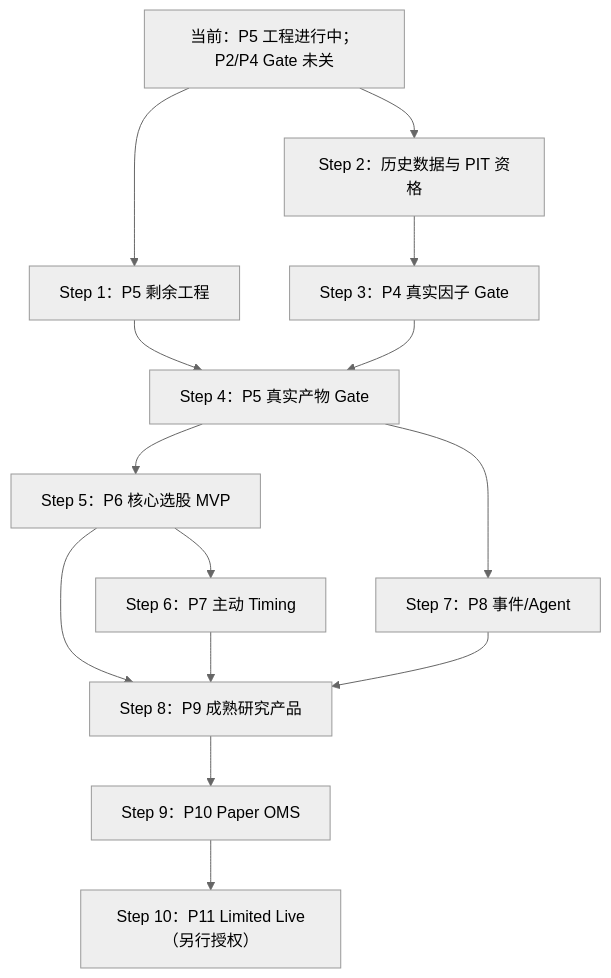
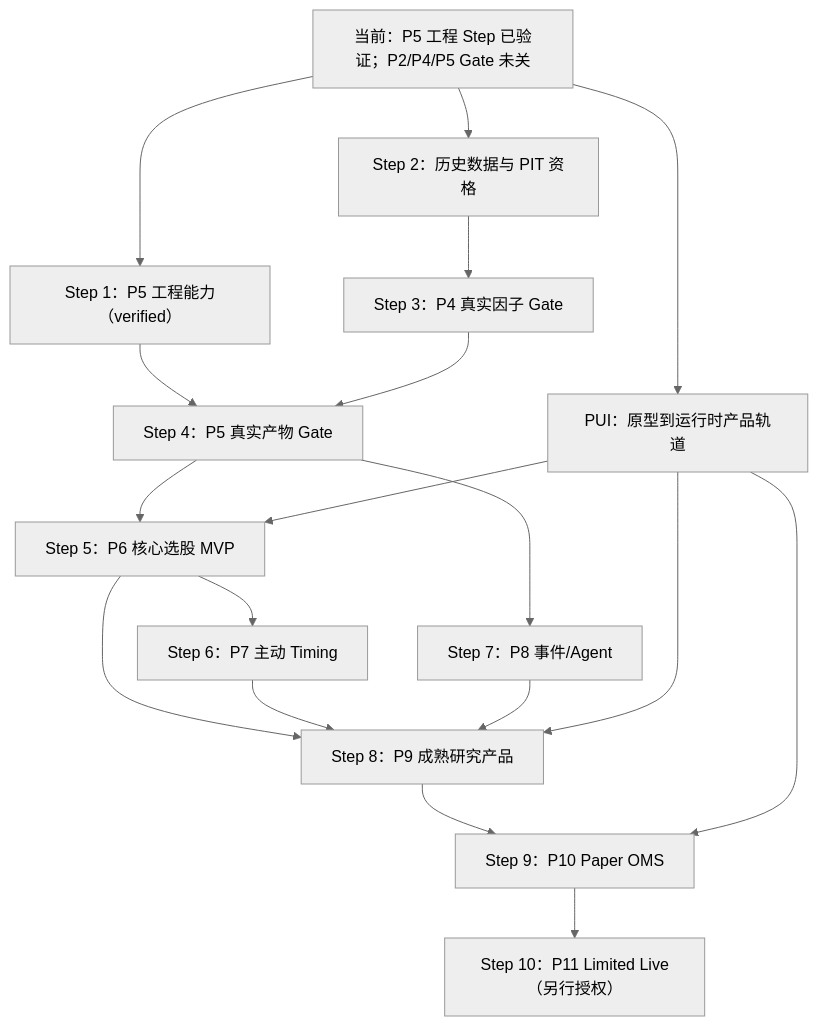
Before and after one commit to Zengyalinelsie/Quantamental: the diagram in docs/19-end-to-end-product-roadmap.md, drawn with Mermaid (neutral theme). The commit also changed other lines of this file and 20 other files, not shown here.

````diff
--- a/docs/19-end-to-end-product-roadmap.md
+++ b/docs/19-end-to-end-product-roadmap.md
@@ -264,28 +277,33 @@
 ```mermaid
 flowchart TB
-    NOW["当前：P5 工程进行中；P2/P4 Gate 未关"]
-    P5E["Step 1：P5 剩余工程"]
+    NOW["当前：P5 工程 Step 已验证；P2/P4/P5 Gate 未关"]
+    P5E["Step 1：P5 工程能力（verified）"]
     DATA["Step 2：历史数据与 PIT 资格"]
+    PUI["PUI：原型到运行时产品轨道"]
     P4G["Step 3：P4 真实因子 Gate"]
     P5G["Step 4：P5 真实产物 Gate"]
     P6["Step 5：P6 核心选股 MVP"]
     P7["Step 6：P7 主动 Timing"]
     P8["Step 7：P8 事件/Agent"]
     P9["Step 8：P9 成熟研究产品"]
     P10["Step 9：P10 Paper OMS"]
     P11["Step 10：P11 Limited Live（另行授权）"]
 
     NOW --> P5E
     NOW --> DATA
+    NOW --> PUI
     DATA --> P4G
     P5E --> P5G
     P4G --> P5G
     P5G --> P6
     P5G --> P8
     P6 --> P7
     P6 --> P9
     P7 --> P9
     P8 --> P9
     P9 --> P10
     P10 --> P11
+    PUI --> P6
+    PUI --> P9
+    PUI --> P10
 ```
````
